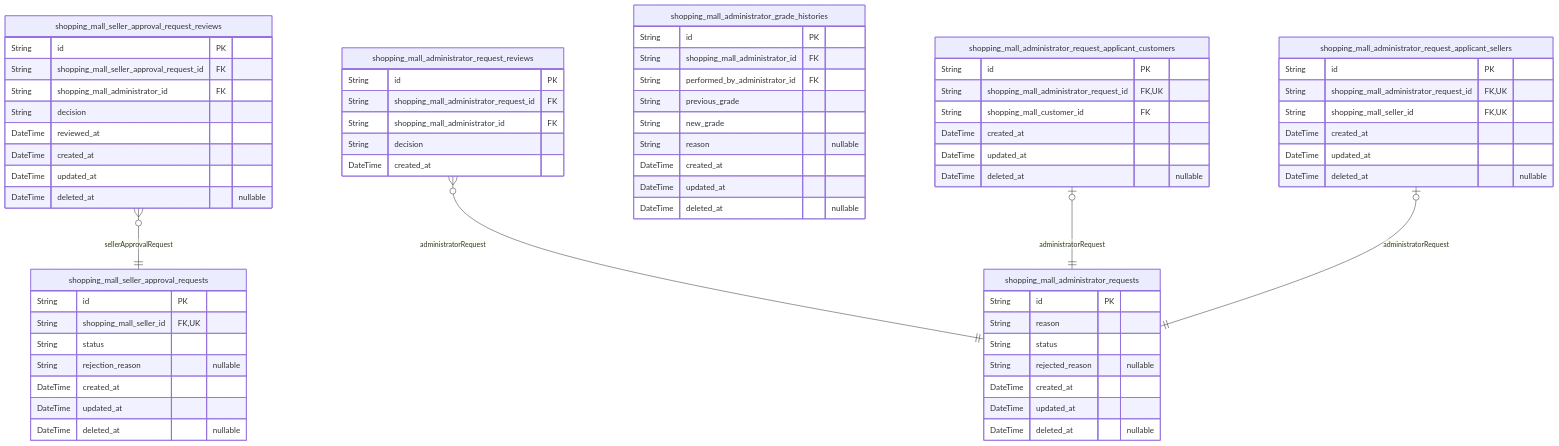
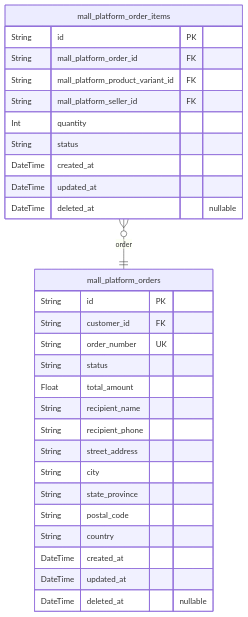
The ninth of 17 diagrams in openai/gpt-5.4-mini/shopping/docs/ERD.md (wrtnlabs/autobe-examples), drawn with Mermaid before and after one commit. The commit also changed other lines of this file and 9017 other files, not shown here.

````diff
--- a/openai/gpt-5.4-mini/shopping/docs/ERD.md
+++ b/openai/gpt-5.4-mini/shopping/docs/ERD.md
@@ -945,69 +886,32 @@
 ```mermaid
 erDiagram
-"shopping_mall_seller_approval_requests" {
+"mall_platform_orders" {
   String id PK
-  String shopping_mall_seller_id FK,UK
+  String customer_id FK
+  String order_number UK
   String status
-  String rejection_reason "nullable"
+  Float total_amount
+  String recipient_name
+  String recipient_phone
+  String street_address
+  String city
+  String state_province
+  String postal_code
+  String country
   DateTime created_at
   DateTime updated_at
   DateTime deleted_at "nullable"
 }
-"shopping_mall_seller_approval_request_reviews" {
+"mall_platform_order_items" {
   String id PK
-  String shopping_mall_seller_approval_request_id FK
-  String shopping_mall_administrator_id FK
-  String decision
-  DateTime reviewed_at
+  String mall_platform_order_id FK
+  String mall_platform_product_variant_id FK
+  String mall_platform_seller_id FK
+  Int quantity
+  String status
   DateTime created_at
   DateTime updated_at
   DateTime deleted_at "nullable"
 }
-"shopping_mall_administrator_requests" {
-  String id PK
-  String reason
-  String status
-  String rejected_reason "nullable"
-  DateTime created_at
-  DateTime updated_at
-  DateTime deleted_at "nullable"
-}
-"shopping_mall_administrator_request_reviews" {
-  String id PK
-  String shopping_mall_administrator_request_id FK
-  String shopping_mall_administrator_id FK
-  String decision
-  DateTime created_at
-}
-"shopping_mall_administrator_grade_histories" {
-  String id PK
-  String shopping_mall_administrator_id FK
-  String performed_by_administrator_id FK
-  String previous_grade
-  String new_grade
-  String reason "nullable"
-  DateTime created_at
-  DateTime updated_at
-  DateTime deleted_at "nullable"
-}
-"shopping_mall_administrator_request_applicant_customers" {
-  String id PK
-  String shopping_mall_administrator_request_id FK,UK
-  String shopping_mall_customer_id FK
-  DateTime created_at
-  DateTime updated_at
-  DateTime deleted_at "nullable"
-}
-"shopping_mall_administrator_request_applicant_sellers" {
-  String id PK
-  String shopping_mall_administrator_request_id FK,UK
-  String shopping_mall_seller_id FK,UK
-  DateTime created_at
-  DateTime updated_at
-  DateTime deleted_at "nullable"
-}
-"shopping_mall_seller_approval_request_reviews" }o--|| "shopping_mall_seller_approval_requests" : sellerApprovalRequest
-"shopping_mall_administrator_request_reviews" }o--|| "shopping_mall_administrator_requests" : administratorRequest
-"shopping_mall_administrator_request_applicant_customers" |o--|| "shopping_mall_administrator_requests" : administratorRequest
-"shopping_mall_administrator_request_applicant_sellers" |o--|| "shopping_mall_administrator_requests" : administratorRequest
+"mall_platform_order_items" }o--|| "mall_platform_orders" : order
 ```
````
